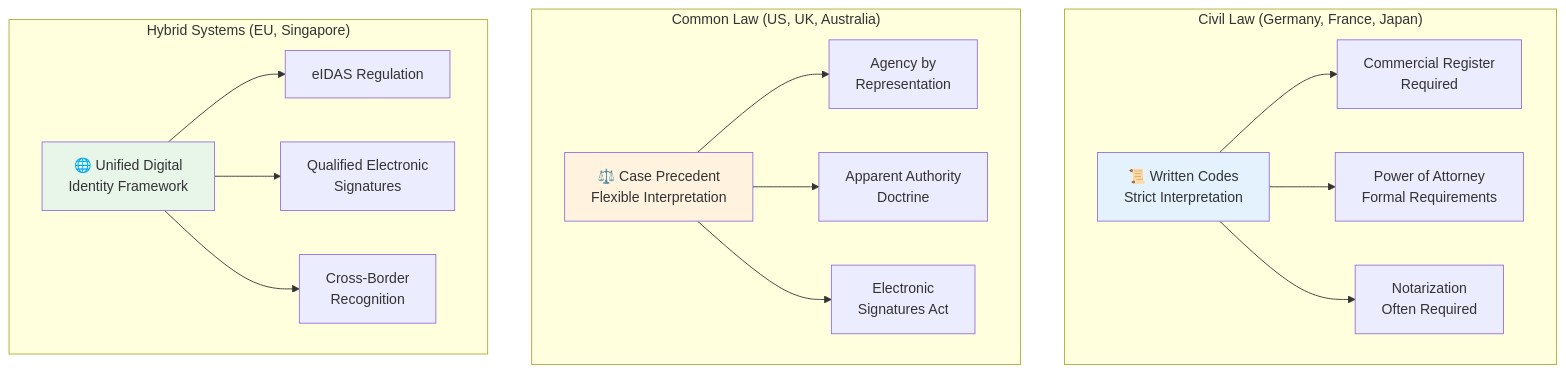
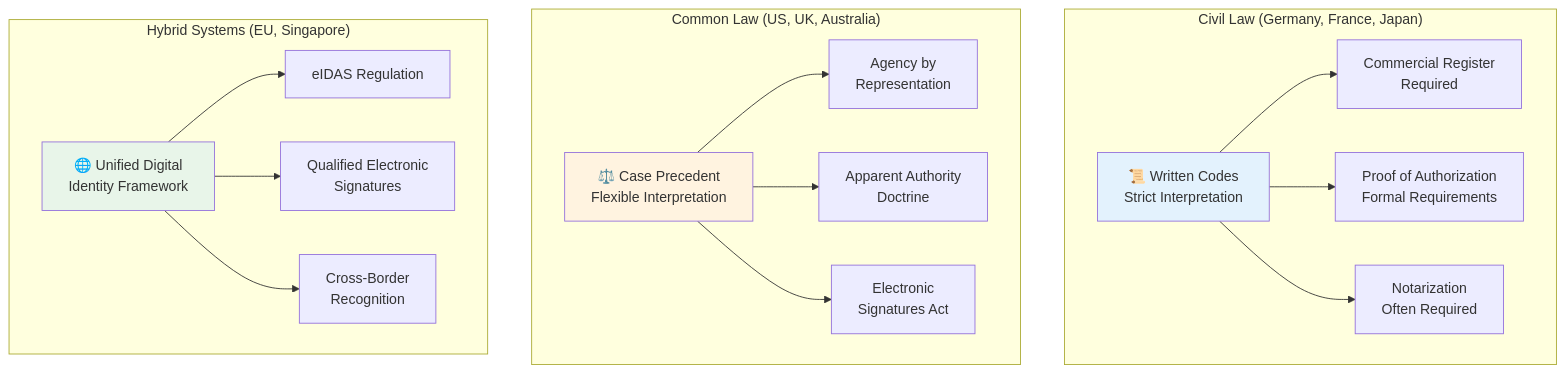
Before and after one commit to mauriciomferz/Gauth_go: diagram 13 of 20 in docs/strategy/BOOK_MANUSCRIPT_ILLUSTRATED.md, drawn with Mermaid. The commit also changed other lines of this file and 180 other files, not shown here.

Commit message:
docs: refactor RFC-0111/0115 to AAP-001/002 and Power of Attorney to Proof of Authorization

````diff
--- a/docs/strategy/BOOK_MANUSCRIPT_ILLUSTRATED.md
+++ b/docs/strategy/BOOK_MANUSCRIPT_ILLUSTRATED.md
@@ -732,27 +732,27 @@
 ```mermaid
 graph TB
     subgraph "Civil Law (Germany, France, Japan)"
         CL[📜 Written Codes<br/>Strict Interpretation]
         CL --> CL1[Commercial Register<br/>Required]
-        CL --> CL2[Power of Attorney<br/>Formal Requirements]
+        CL --> CL2[Proof of Authorization<br/>Formal Requirements]
         CL --> CL3[Notarization<br/>Often Required]
     end
     
     subgraph "Common Law (US, UK, Australia)"
         COM[⚖️ Case Precedent<br/>Flexible Interpretation]
         COM --> COM1[Agency by<br/>Representation]
         COM --> COM2[Apparent Authority<br/>Doctrine]
         COM --> COM3[Electronic<br/>Signatures Act]
     end
     
     subgraph "Hybrid Systems (EU, Singapore)"
         HYB[🌐 Unified Digital<br/>Identity Framework]
         HYB --> HYB1[eIDAS Regulation]
         HYB --> HYB2[Qualified Electronic<br/>Signatures]
         HYB --> HYB3[Cross-Border<br/>Recognition]
     end
     
     style CL fill:#e3f2fd
     style COM fill:#fff3e0
     style HYB fill:#e8f5e9
 ```
````
